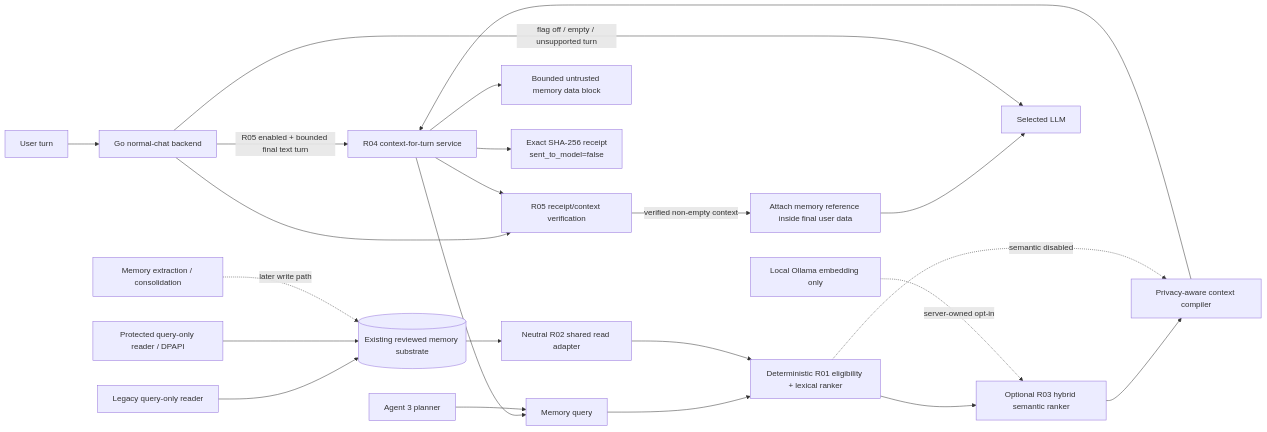
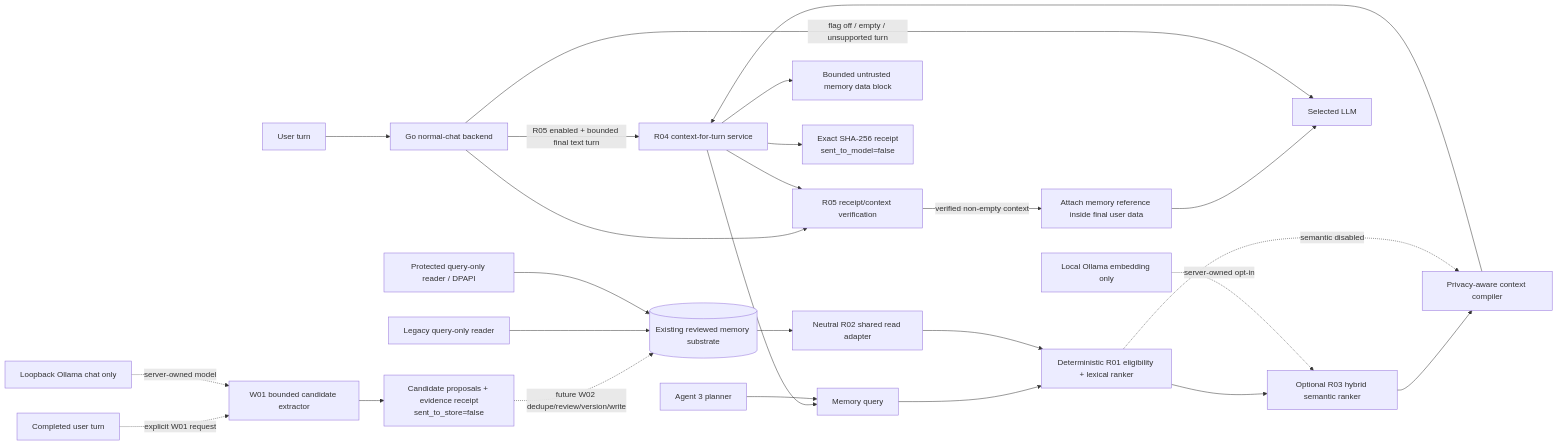
Before and after one commit to Ternedal/ModelRig: the diagram in docs/memory/MEMORY_4.md, drawn with Mermaid. The commit also changed other lines of this file and 5 other files, not shown here.

Commit message:
feat(memory): extract bounded memory proposals (M4-W01)

````diff
--- a/docs/memory/MEMORY_4.md
+++ b/docs/memory/MEMORY_4.md
@@ -33,26 +39,30 @@
 ```mermaid
 flowchart LR
     U[User turn] --> GO[Go normal-chat backend]
     GO -->|R05 enabled + bounded final text turn| R04[R04 context-for-turn service]
     R04 --> Q[Memory query]
     Q --> R[Deterministic R01 eligibility + lexical ranker]
     S[(Existing reviewed memory substrate)] --> A[Neutral R02 shared read adapter]
     A --> R
     R --> H[Optional R03 hybrid semantic ranker]
     O[Local Ollama embedding only] -. server-owned opt-in .-> H
     H --> C[Privacy-aware context compiler]
     R -. semantic disabled .-> C
     C --> R04
     R04 --> B[Bounded untrusted memory data block]
     R04 --> RCPT[Exact SHA-256 receipt\nsent_to_model=false]
     GO --> V[R05 receipt/context verification]
     R04 --> V
     V -->|verified non-empty context| I[Attach memory reference inside final user data]
     I --> L[Selected LLM]
     GO -->|flag off / empty / unsupported turn| L
 
+    TU[Completed user turn] -. explicit W01 request .-> W01[W01 bounded candidate extractor]
+    LO[Loopback Ollama chat only] -. server-owned model .-> W01
+    W01 --> P[Candidate proposals + evidence receipt\nsent_to_store=false]
+    P -. future W02 dedupe/review/version/write .-> S
+
     LEG[Legacy query-only reader] --> S
     PROT[Protected query-only reader / DPAPI] --> S
     A3[Agent 3 planner] --> Q
-    X[Memory extraction / consolidation] -. later write path .-> S
 ```
````
